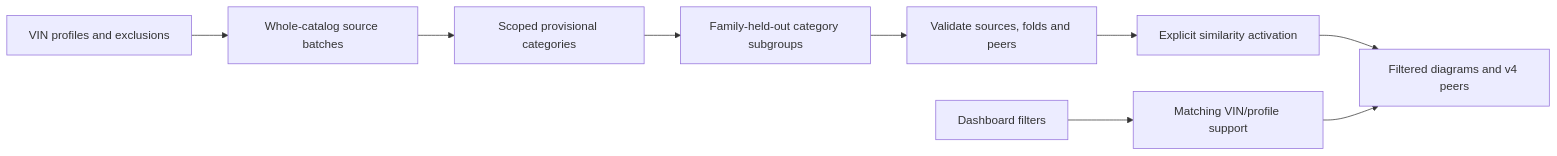
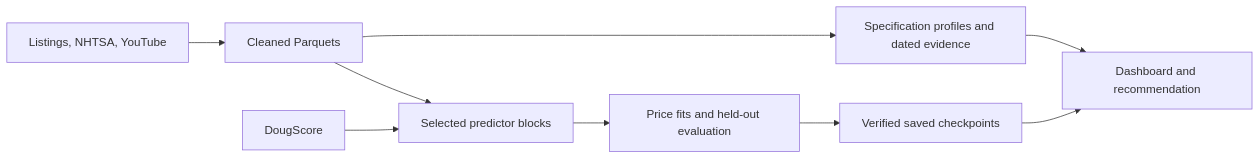
Before and after one commit to danielrdgez/DataScience_Capstone_Cars: the diagram in README.md, drawn with Mermaid. The commit also changed other lines of this file and 60 other files, not shown here.

````diff
--- a/README.md
+++ b/README.md
@@ -214,11 +28,11 @@
 ```mermaid
 flowchart LR
-  P["VIN profiles and exclusions"] --> S["Whole-catalog source batches"]
-  S --> L["Scoped provisional categories"]
-  L --> C["Family-held-out category subgroups"]
-  C --> V["Validate sources, folds and peers"]
-  V --> A["Explicit similarity activation"]
-  A --> D["Filtered diagrams and v4 peers"]
-  F["Dashboard filters"] --> J["Matching VIN/profile support"]
-  J --> D
+  S["Listings, NHTSA, YouTube"] --> P["Cleaned Parquets"]
+  P --> F["Selected predictor blocks"]
+  D["DougScore"] --> F
+  F --> M["Price fits and held-out evaluation"]
+  P --> V["Specification profiles and dated evidence"]
+  M --> C["Verified saved checkpoints"]
+  C --> A["Dashboard and recommendation"]
+  V --> A
 ```
````
